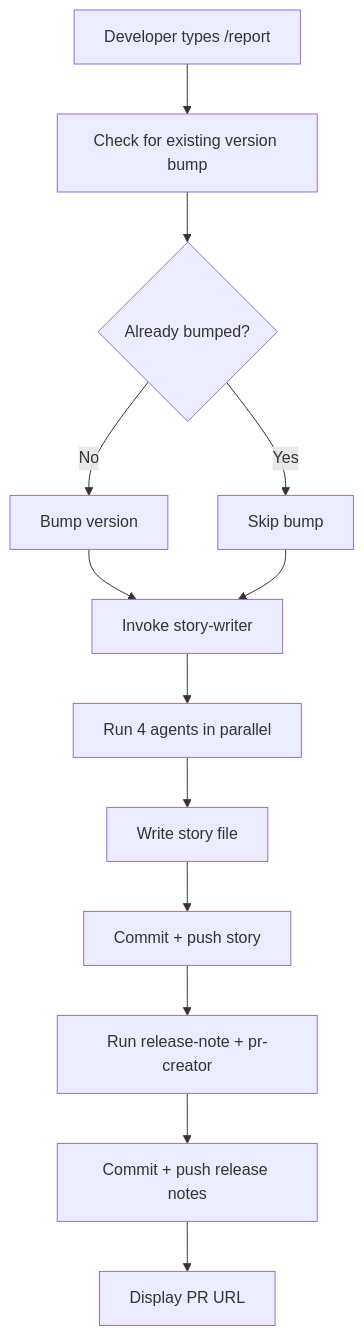
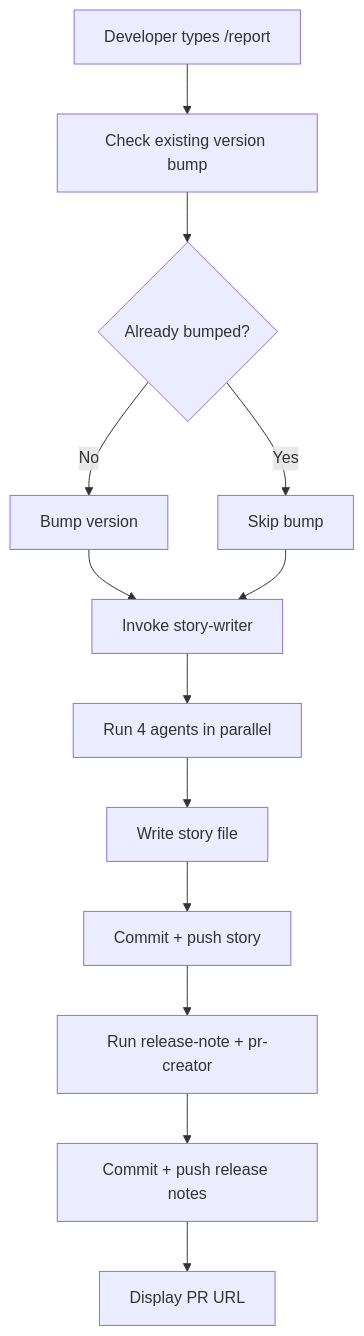
Before and after one commit to qmu/workaholic: the fifth of 6 diagrams in .workaholic/specs/ux.md, drawn with Mermaid. The commit also changed other lines of this file and 57 other files, not shown here.

````diff
--- a/.workaholic/specs/ux.md
+++ b/.workaholic/specs/ux.md
@@ -314,15 +368,15 @@
 ```mermaid
 flowchart TD
-    Start["Developer types /report"] --> Check["Check for existing version bump"]
+    Start["Developer types /report"] --> Check["Check existing version bump"]
     Check --> Bumped{Already bumped?}
     Bumped -->|No| Bump["Bump version"]
     Bumped -->|Yes| Skip["Skip bump"]
     Bump --> Story["Invoke story-writer"]
     Skip --> Story
     Story --> Agents["Run 4 agents in parallel"]
     Agents --> Write["Write story file"]
     Write --> CommitStory["Commit + push story"]
     CommitStory --> Release["Run release-note + pr-creator"]
     Release --> CommitRelease["Commit + push release notes"]
     CommitRelease --> URL["Display PR URL"]
 ```
````
